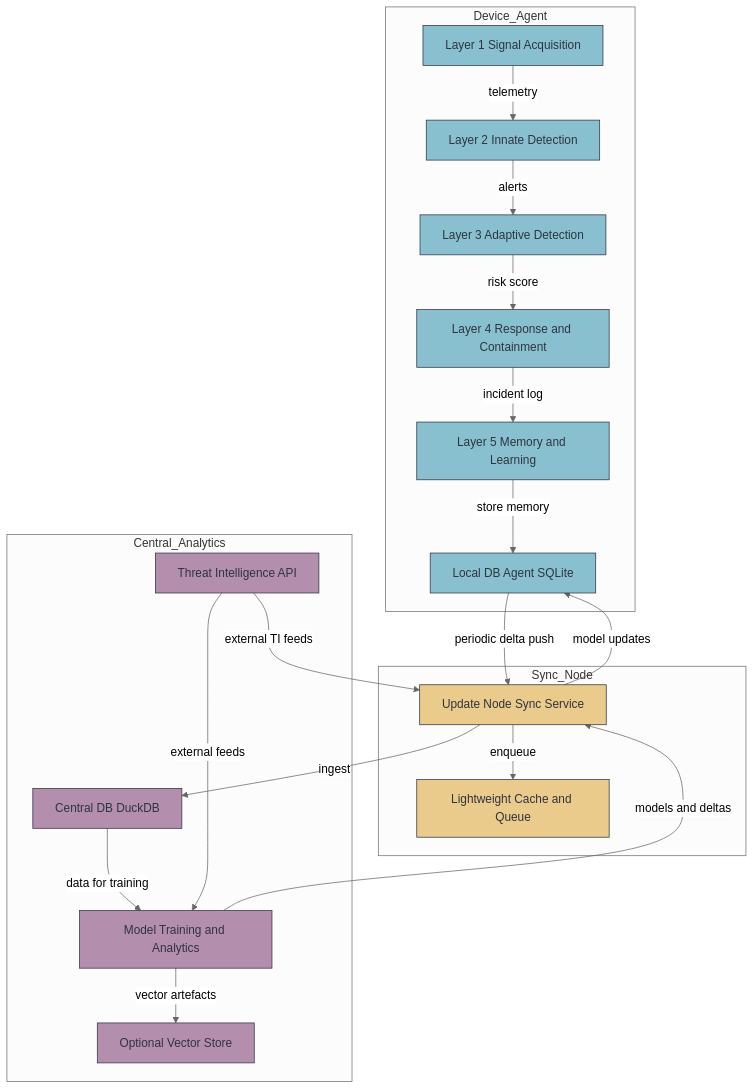
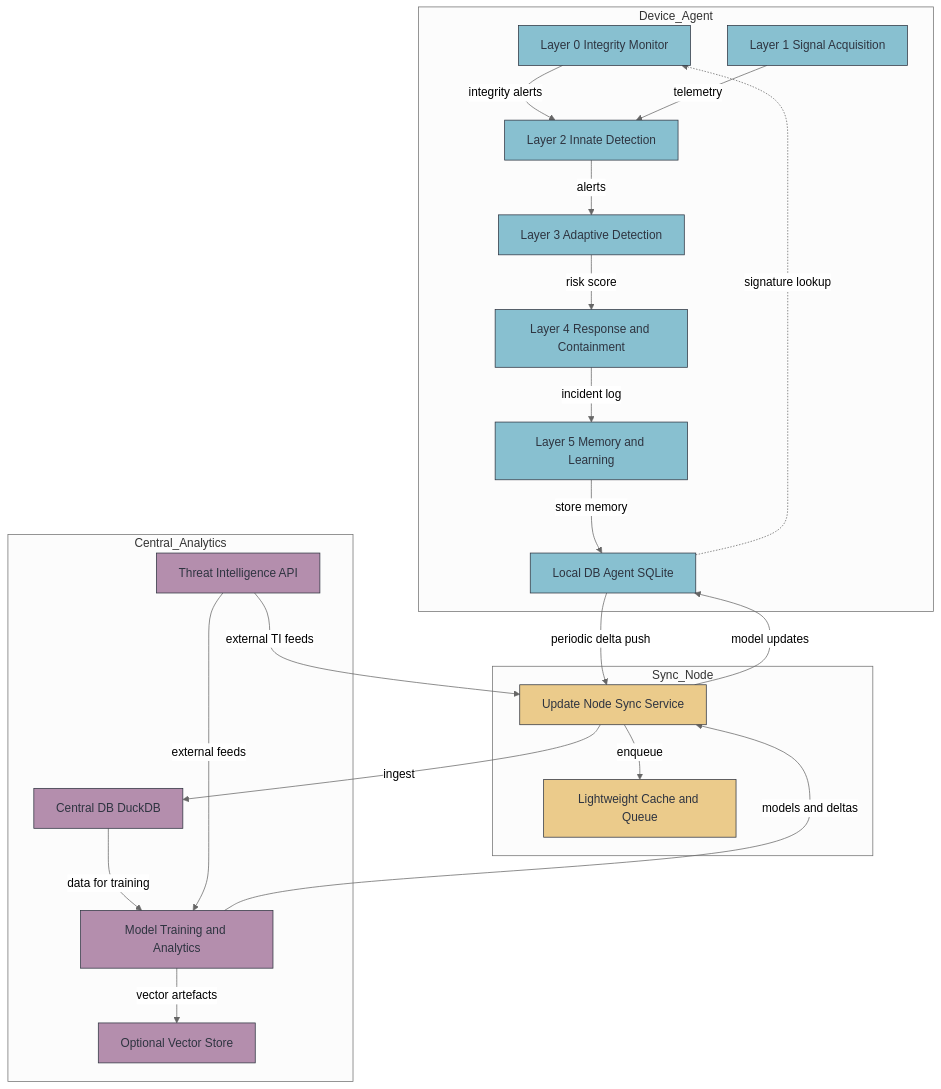
Before and after one commit to itzmunene/Octopie: the diagram in docs/diagrams/system_architecture.mmd, drawn with Mermaid. The commit also changed 4 other files, not shown here.

Commit message:
Updated system architecture, mermaid and images

```diff
--- a/docs/diagrams/system_architecture.mmd
+++ b/docs/diagrams/system_architecture.mmd
@@ -1,48 +1,53 @@
 %%{init: {'theme': 'neutral'}}%%
 graph TD
   subgraph Device_Agent
+    A0[Layer 0 Integrity Monitor]
     A1[Layer 1 Signal Acquisition]
     A2[Layer 2 Innate Detection]
     A3[Layer 3 Adaptive Detection]
     A4[Layer 4 Response and Containment]
     A5[Layer 5 Memory and Learning]
     DB_local[Local DB Agent SQLite]
   end
 
   subgraph Sync_Node
     S1[Update Node Sync Service]
     S2[Lightweight Cache and Queue]
   end
 
   subgraph Central_Analytics
     CDB[Central DB DuckDB]
     Trainer[Model Training and Analytics]
     VectorDB[Optional Vector Store]
     API[Threat Intelligence API]
   end
 
   %% Data flows
+  A0 -->|integrity alerts| A2
   A1 -->|telemetry| A2
   A2 -->|alerts| A3
   A3 -->|risk score| A4
   A4 -->|incident log| A5
   A5 -->|store memory| DB_local
+
+  %% Layer 0 Lookup
+  DB_local -.->|signature lookup| A0
 
   DB_local -->|periodic delta push| S1
   S1 -->|ingest| CDB
   S1 -->|enqueue| S2
   CDB -->|data for training| Trainer
   Trainer -->|models and deltas| S1
   S1 -->|model updates| DB_local
   Trainer -->|vector artefacts| VectorDB
   API -->|external TI feeds| S1
   API -->|external feeds| Trainer
 
   %% styling
   classDef device fill:#88c0d0,stroke:#2e3440,stroke-width:1px,color:#2e3440;
   classDef sync fill:#ebcb8b,stroke:#2e3440,stroke-width:1px,color:#2e3440;
   classDef central fill:#b48ead,stroke:#2e3440,stroke-width:1px,color:#2e3440;
 
-  class A1,A2,A3,A4,A5,DB_local device;
+  class A0,A1,A2,A3,A4,A5,DB_local device;
   class S1,S2 sync;
   class CDB,Trainer,VectorDB,API central;
```
